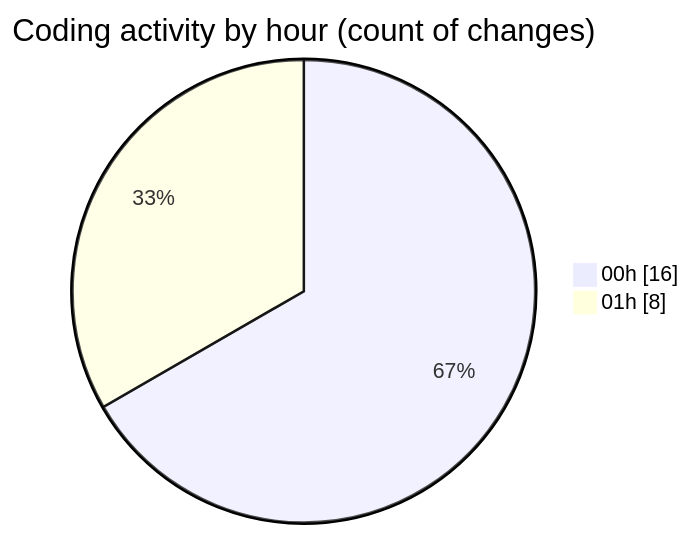
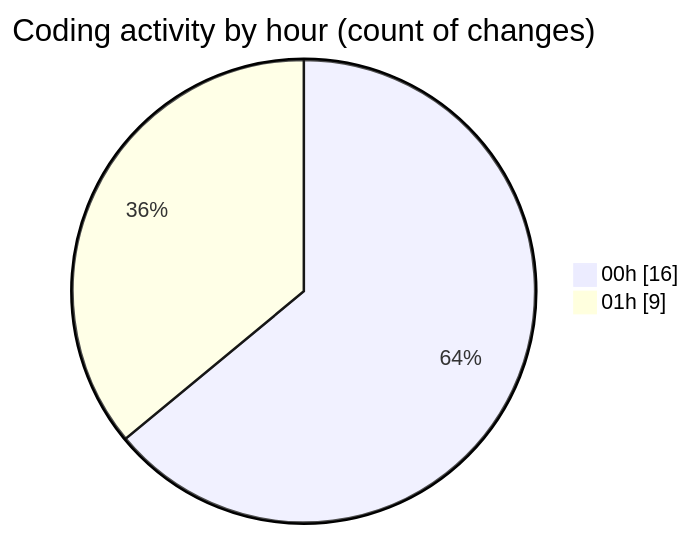
Before and after one commit to donsfak/code-tracking: the second of 2 diagrams in 2025-11-01/weather_insights_app/README.md, drawn with Mermaid. The commit also changed other lines of this file and 1 other file, not shown here.

````diff
--- a/2025-11-01/weather_insights_app/README.md
+++ b/2025-11-01/weather_insights_app/README.md
@@ -36,6 +38,6 @@
 ```mermaid
 pie showData
 title Coding activity by hour (count of changes)
 "00h" : 16
-"01h" : 8
+"01h" : 9
 ```
````
